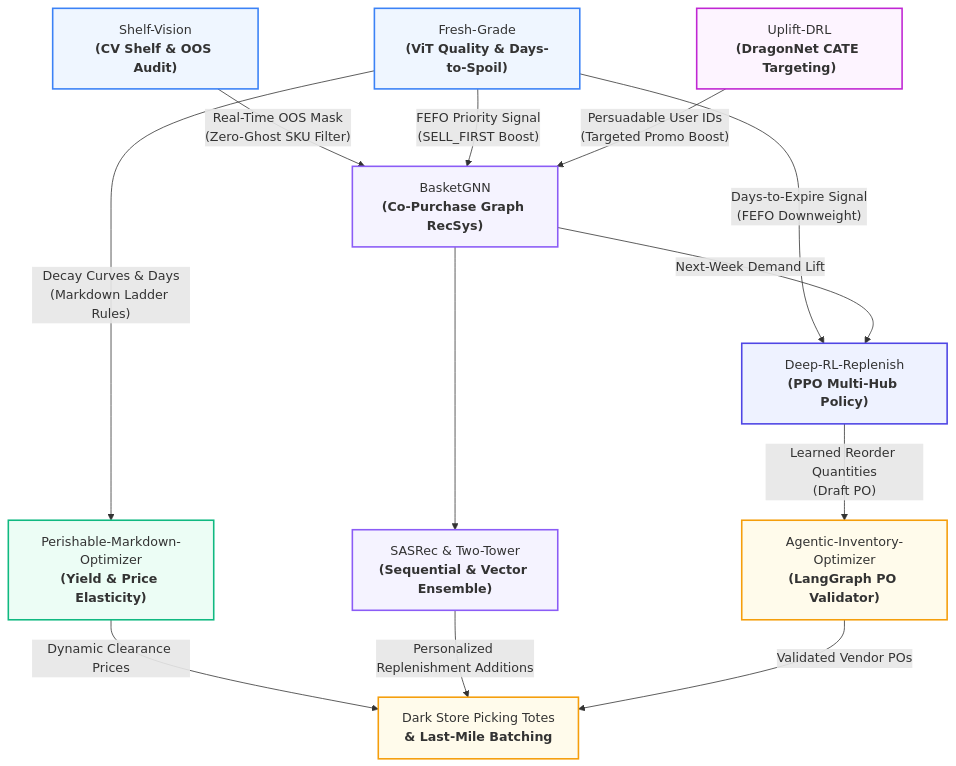
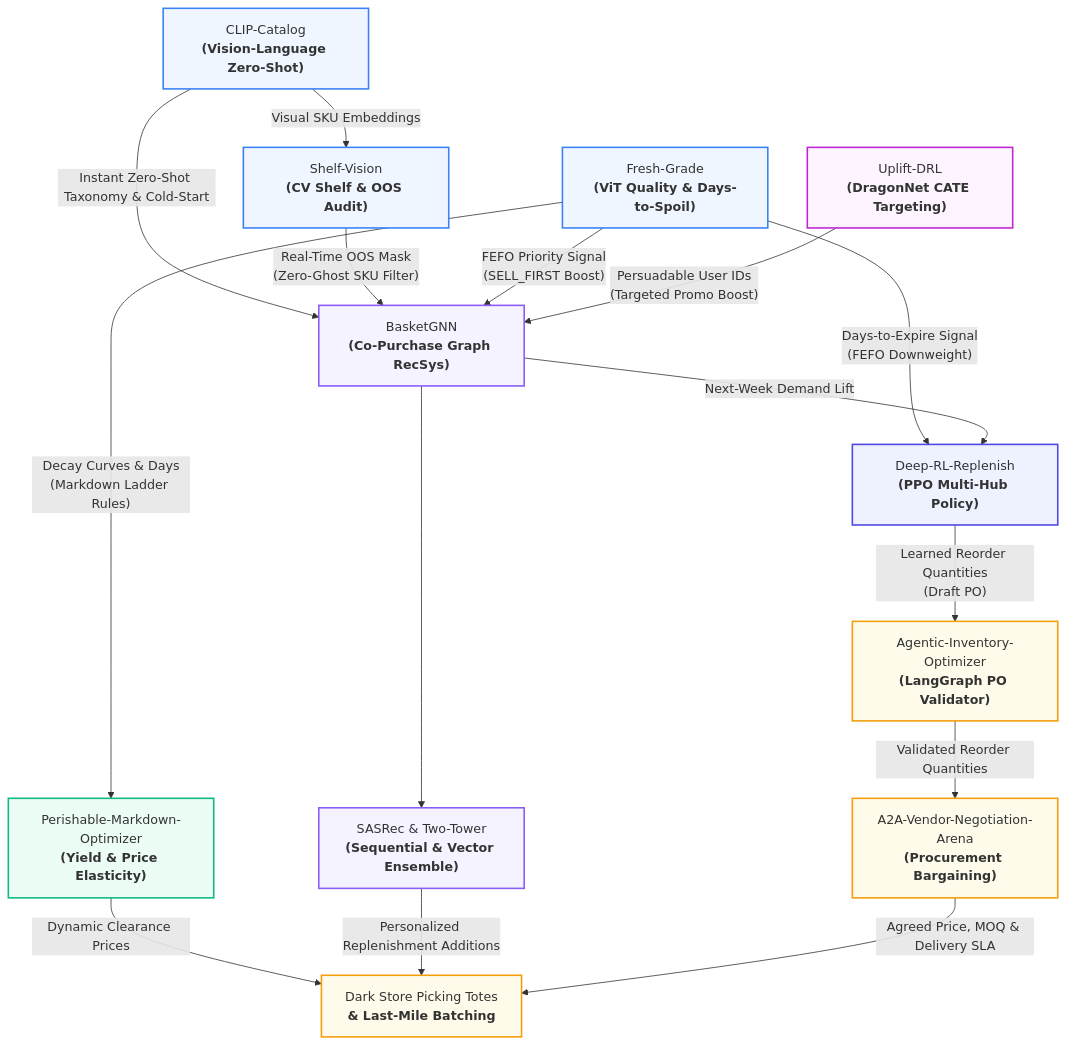
One commit to findsamirks-commits/findsamirks-commits changed the diagram in README.md. Above: the diagram before and after it, drawn with Mermaid. The commit also changed other lines of this file, not shown here.

Commit message:
docs: integrate CLIP-Catalog and A2A-Arena into Unified Autonomous Retail AI Mesh

````diff
--- a/README.md
+++ b/README.md
@@ -34,31 +35,36 @@
 ```mermaid
 flowchart TD
     classDef vision fill:#EFF6FF,stroke:#3B82F6,stroke-width:2px;
     classDef recsys fill:#F5F3FF,stroke:#8B5CF6,stroke-width:2px;
     classDef pricing fill:#ECFDF5,stroke:#10B981,stroke-width:2px;
     classDef causal fill:#FDF4FF,stroke:#C026D3,stroke-width:2px;
     classDef policy fill:#EEF2FF,stroke:#4F46E5,stroke-width:2px;
     classDef ops fill:#FFFBEB,stroke:#F59E0B,stroke-width:2px;
 
+    CLIP["CLIP-Catalog<br/><b>(Vision-Language Zero-Shot)</b>"]:::vision
     SV["Shelf-Vision<br/><b>(CV Shelf & OOS Audit)</b>"]:::vision
     FG["Fresh-Grade<br/><b>(ViT Quality & Days-to-Spoil)</b>"]:::vision
     UD["Uplift-DRL<br/><b>(DragonNet CATE Targeting)</b>"]:::causal
     DRL["Deep-RL-Replenish<br/><b>(PPO Multi-Hub Policy)</b>"]:::policy
     BG["BasketGNN<br/><b>(Co-Purchase Graph RecSys)</b>"]:::recsys
     ENS["SASRec & Two-Tower<br/><b>(Sequential & Vector Ensemble)</b>"]:::recsys
     PMO["Perishable-Markdown-Optimizer<br/><b>(Yield & Price Elasticity)</b>"]:::pricing
     IO["Agentic-Inventory-Optimizer<br/><b>(LangGraph PO Validator)</b>"]:::ops
+    A2A["A2A-Vendor-Negotiation-Arena<br/><b>(Procurement Bargaining)</b>"]:::ops
     OPS["Dark Store Picking Totes<br/><b>& Last-Mile Batching</b>"]:::ops
 
+    CLIP -- "Instant Zero-Shot Taxonomy & Cold-Start" --> BG
+    CLIP -- "Visual SKU Embeddings" --> SV
     SV -- "Real-Time OOS Mask<br/>(Zero-Ghost SKU Filter)" --> BG
     FG -- "FEFO Priority Signal<br/>(SELL_FIRST Boost)" --> BG
     FG -- "Decay Curves & Days<br/>(Markdown Ladder Rules)" --> PMO
     FG -- "Days-to-Expire Signal<br/>(FEFO Downweight)" --> DRL
     UD -- "Persuadable User IDs<br/>(Targeted Promo Boost)" --> BG
     BG -- "Next-Week Demand Lift" --> DRL
     DRL -- "Learned Reorder Quantities<br/>(Draft PO)" --> IO
     BG --> ENS
     PMO -- "Dynamic Clearance Prices" --> OPS
     ENS -- "Personalized Replenishment Additions" --> OPS
-    IO -- "Validated Vendor POs" --> OPS
+    IO -- "Validated Reorder Quantities" --> A2A
+    A2A -- "Agreed Price, MOQ & Delivery SLA" --> OPS
 ```
````
